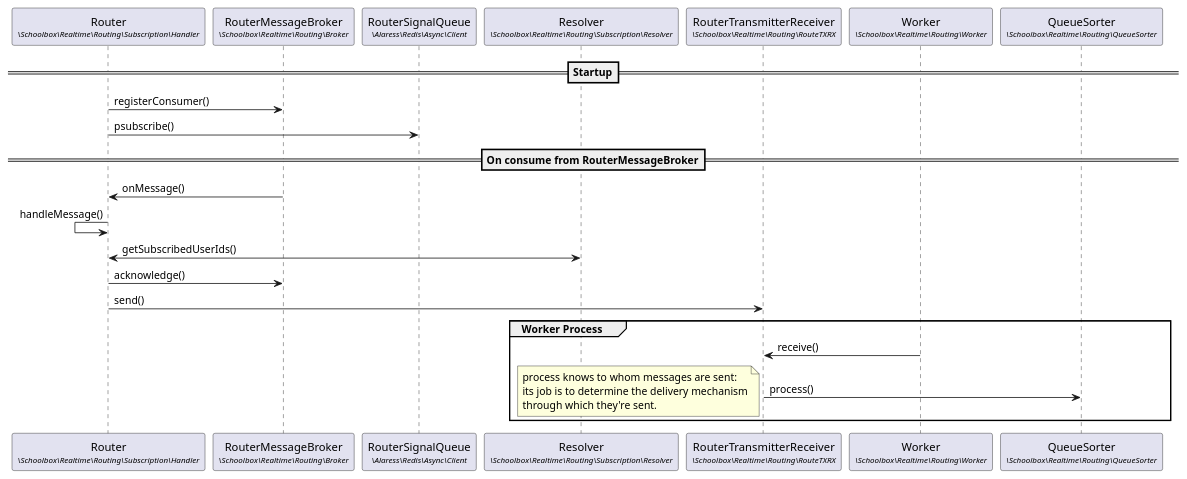
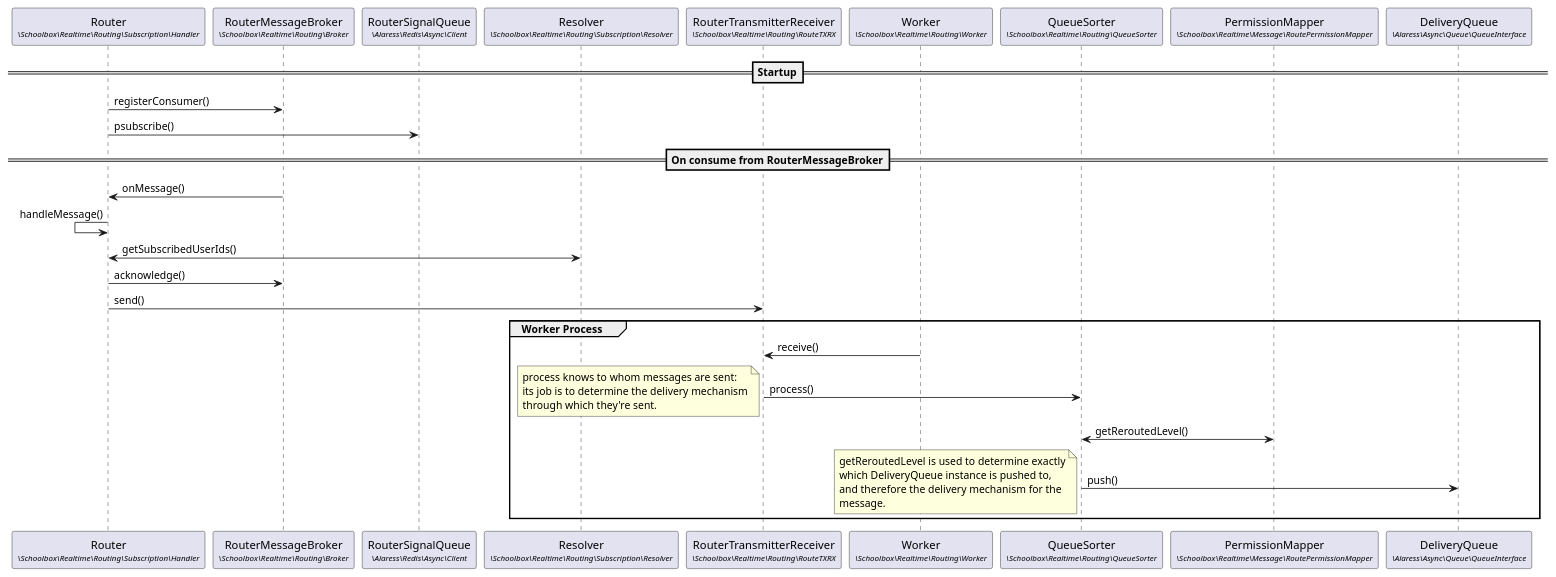
One commit to juliaattrevisan/schoolbox-api-docs changed the diagram in docs/notifications/routing.plantuml. Above: the diagram before and after it, drawn with PlantUML. The commit also changed 2 other files, not shown here.

```diff
--- a/docs/notifications/routing.plantuml
+++ b/docs/notifications/routing.plantuml
@@ -1,45 +1,57 @@
 @startuml
 
 participant "Router\n<size:10>//\Schoolbox\Realtime\Routing\Subscription\Handler//</size>" as Router
 participant "RouterMessageBroker\n<size:10>//\Schoolbox\Realtime\Routing\Broker//</size>" as RouterMessageBroker
 participant "RouterSignalQueue\n<size:10>//\Alaress\Redis\Async\Client//</size>" as RouterSignalQueue
 participant "Resolver\n<size:10>//\Schoolbox\Realtime\Routing\Subscription\Resolver//</size>" as Resolver
 participant "RouterTransmitterReceiver\n<size:10>//\Schoolbox\Realtime\Routing\RouteTXRX//</size>" as RouterTransmitterReceiver
 'participant "RouterTransaction\n<size:10>//\Alaress\WorkerCrew\Transaction\DispatchTransaction//</size>" as RouterTransaction
 'participant "Dispatcher\n<size:10>//\Schoolbox\Realtime\Schedule\SchedulerDispatchStrategy//</size>" as Dispatcher
 participant "Worker\n<size:10>//\Schoolbox\Realtime\Routing\Worker//</size>" as Worker
 participant "QueueSorter\n<size:10>//\Schoolbox\Realtime\Routing\QueueSorter//</size>" as QueueSorter
+participant "PermissionMapper\n<size:10>//\Schoolbox\Realtime\Message\RoutePermissionMapper//</size>" as PermissionMapper
+participant "DeliveryQueue\n<size:10>//\Alaress\Async\Queue\QueueInterface//</size>" as DeliveryQueue
+
+
 
 ==Startup==
 
 Router -> RouterMessageBroker : registerConsumer()
 Router -> RouterSignalQueue : psubscribe()
 
 ==On consume from RouterMessageBroker==
 
 Router <- RouterMessageBroker : onMessage()
 Router <- Router : handleMessage()
 Router <-> Resolver : getSubscribedUserIds()
 
 Router -> RouterMessageBroker : acknowledge()
 Router -> RouterTransmitterReceiver : send()
 
 ' something about a transaction
 'RouterTransmitterReceiver -> RouterTransaction : put()
 
 ' there's a whole heap of intermediary classes between the router and the dispatcher
 
 ' Massive missing piece: the route trie
 ' that deserves its own document
 
 group Worker Process
 RouterTransmitterReceiver <- Worker : receive()
 RouterTransmitterReceiver -> QueueSorter : process()
 note left
     process knows to whom messages are sent:
     its job is to determine the delivery mechanism
     through which they're sent.
 end note
+QueueSorter <-> PermissionMapper : getReroutedLevel()
+QueueSorter -> DeliveryQueue : push()
+note left
+    getReroutedLevel is used to determine exactly
+    which DeliveryQueue instance is pushed to,
+    and therefore the delivery mechanism for the
+    message.
+end note
 end group
 
 @enduml
```
